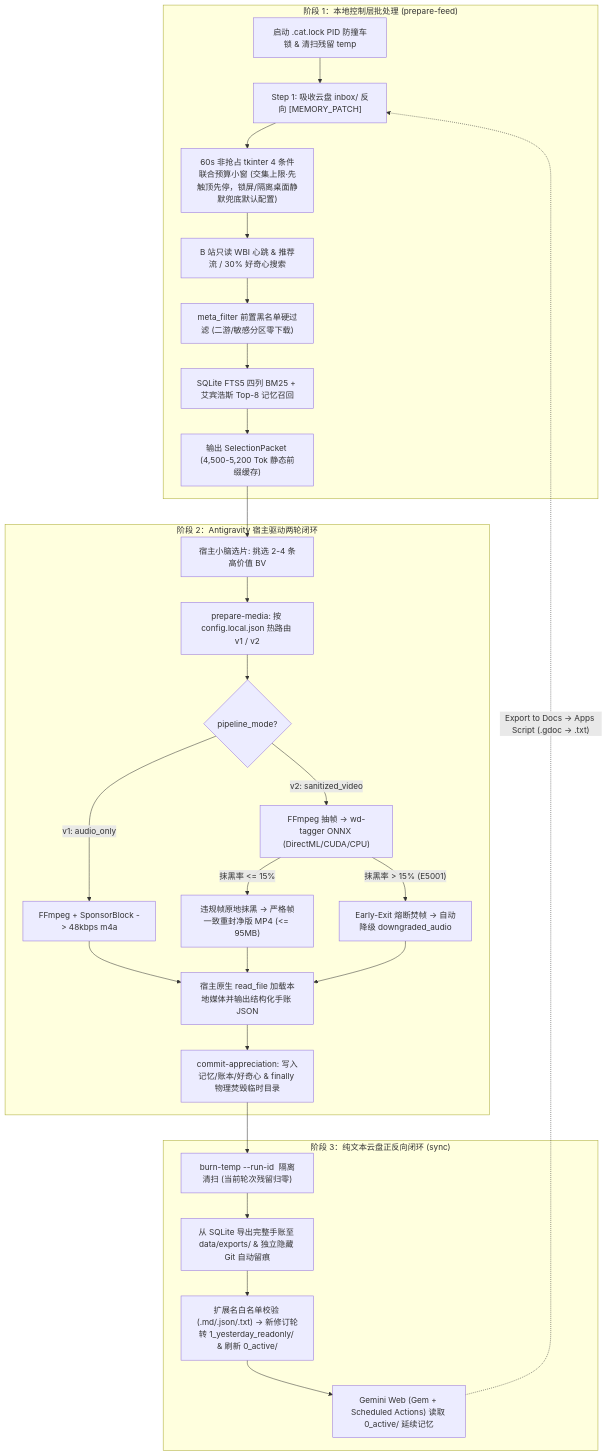
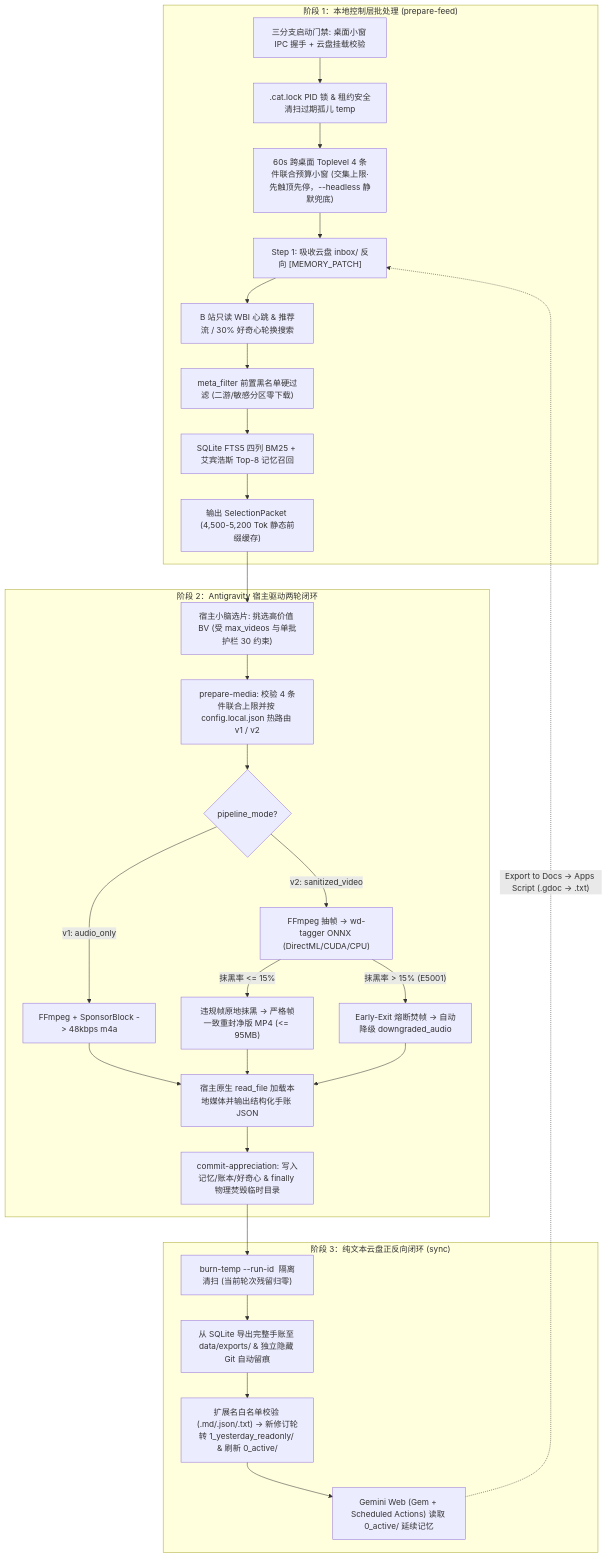
Before and after one commit to e-ter-nal/GeminiNest: the diagram in README.md, drawn with Mermaid. The commit also changed other lines of this file and 4 other files, not shown here.

Commit message:
docs(release): update README, HANDOFF_LOG, ARCHITECTURE and SPEC for v3.0.0

````diff
--- a/README.md
+++ b/README.md
@@ -72,33 +73,34 @@
 ```mermaid
 flowchart TD
     subgraph Step1["阶段 1：本地控制层批处理 (prepare-feed)"]
-        A["启动 .cat.lock PID 防撞车锁 & 清扫残留 temp"] --> B["Step 1: 吸收云盘 inbox/ 反向 [MEMORY_PATCH]"]
-        B --> C["60s 非抢占 tkinter 4 条件联合预算小窗 (交集上限·先触顶先停，锁屏/隔离桌面静默兜底默认配置)"]
-        C --> D["B 站只读 WBI 心跳 & 推荐流 / 30% 好奇心搜索"]
-        D --> E["meta_filter 前置黑名单硬过滤 (二游/敏感分区零下载)"]
-        E --> F["SQLite FTS5 四列 BM25 + 艾宾浩斯 Top-8 记忆召回"]
-        F --> G["输出 SelectionPacket (4,500-5,200 Tok 静态前缀缓存)"]
+        A["三分支启动门禁: 桌面小窗 IPC 握手 + 云盘挂载校验"] --> B[".cat.lock PID 锁 & 租约安全清扫过期孤儿 temp"]
+        B --> C["60s 跨桌面 Toplevel 4 条件联合预算小窗 (交集上限·先触顶先停，--headless 静默兜底)"]
+        C --> D["Step 1: 吸收云盘 inbox/ 反向 [MEMORY_PATCH]"]
+        D --> E["B 站只读 WBI 心跳 & 推荐流 / 30% 好奇心轮换搜索"]
+        E --> F["meta_filter 前置黑名单硬过滤 (二游/敏感分区零下载)"]
+        F --> G["SQLite FTS5 四列 BM25 + 艾宾浩斯 Top-8 记忆召回"]
+        G --> H["输出 SelectionPacket (4,500-5,200 Tok 静态前缀缓存)"]
     end
 
     subgraph Step2["阶段 2：Antigravity 宿主驱动两轮闭环"]
-        G --> H["宿主小脑选片: 挑选 2-4 条高价值 BV"]
-        H --> I["prepare-media: 按 config.local.json 热路由 v1 / v2"]
-        I --> J{"pipeline_mode?"}
-        J -- "v1: audio_only" --> K["FFmpeg + SponsorBlock -> 48kbps m4a"]
-        J -- "v2: sanitized_video" --> L["FFmpeg 抽帧 -> wd-tagger ONNX (DirectML/CUDA/CPU)"]
-        L -- "抹黑率 <= 15%" --> M["违规帧原地抹黑 -> 严格帧一致重封净版 MP4 (<= 95MB)"]
-        L -- "抹黑率 > 15% (E5001)" --> N["Early-Exit 熔断焚帧 -> 自动降级 downgraded_audio"]
-        K --> O["宿主原生 read_file 加载本地媒体并输出结构化手账 JSON"]
-        M --> O
-        N --> O
-        O --> P["commit-appreciation: 写入记忆/账本/好奇心 & finally 物理焚毁临时目录"]
+        H --> I["宿主小脑选片: 挑选高价值 BV (受 max_videos 与单批护栏 30 约束)"]
+        I --> J["prepare-media: 校验 4 条件联合上限并按 config.local.json 热路由 v1 / v2"]
+        J --> K{"pipeline_mode?"}
+        K -- "v1: audio_only" --> L["FFmpeg + SponsorBlock -> 48kbps m4a"]
+        K -- "v2: sanitized_video" --> M["FFmpeg 抽帧 -> wd-tagger ONNX (DirectML/CUDA/CPU)"]
+        M -- "抹黑率 <= 15%" --> N["违规帧原地抹黑 -> 严格帧一致重封净版 MP4 (<= 95MB)"]
+        M -- "抹黑率 > 15% (E5001)" --> O["Early-Exit 熔断焚帧 -> 自动降级 downgraded_audio"]
+        L --> P["宿主原生 read_file 加载本地媒体并输出结构化手账 JSON"]
+        N --> P
+        O --> P
+        P --> Q["commit-appreciation: 写入记忆/账本/好奇心 & finally 物理焚毁临时目录"]
     end
 
     subgraph Step3["阶段 3：纯文本云盘正反向闭环 (sync)"]
-        P --> Q["burn-temp --run-id <run_id> 隔离清扫 (当前轮次残留归零)"]
-        Q --> R["从 SQLite 导出完整手账至 data/exports/ & 独立隐藏 Git 自动留痕"]
-        R --> S["扩展名白名单校验 (.md/.json/.txt) -> 新修订轮转 1_yesterday_readonly/ & 刷新 0_active/"]
-        S --> T["Gemini Web (Gem + Scheduled Actions) 读取 0_active/ 延续记忆"]
-        T -. "Export to Docs -> Apps Script (.gdoc -> .txt)" .-> B
+        Q --> R["burn-temp --run-id <run_id> 隔离清扫 (当前轮次残留归零)"]
+        R --> S["从 SQLite 导出完整手账至 data/exports/ & 独立隐藏 Git 自动留痕"]
+        S --> T["扩展名白名单校验 (.md/.json/.txt) -> 新修订轮转 1_yesterday_readonly/ & 刷新 0_active/"]
+        T --> U["Gemini Web (Gem + Scheduled Actions) 读取 0_active/ 延续记忆"]
+        U -. "Export to Docs -> Apps Script (.gdoc -> .txt)" .-> D
     end
 ```
````
